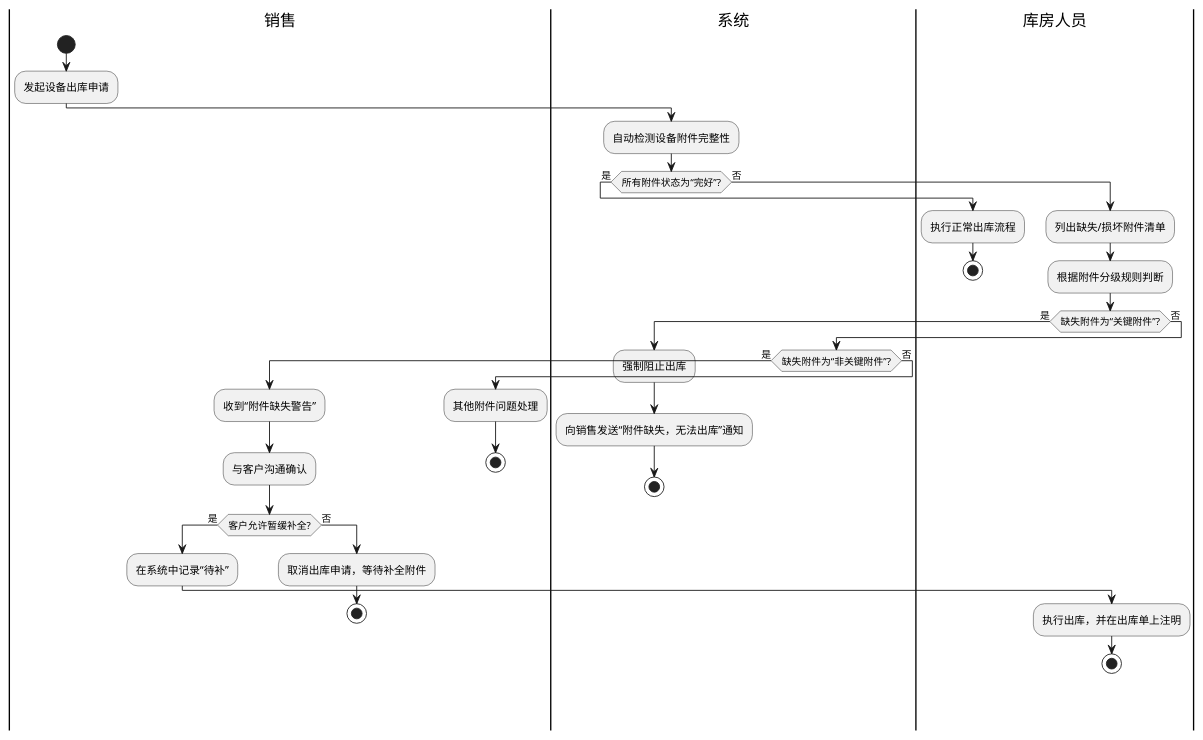
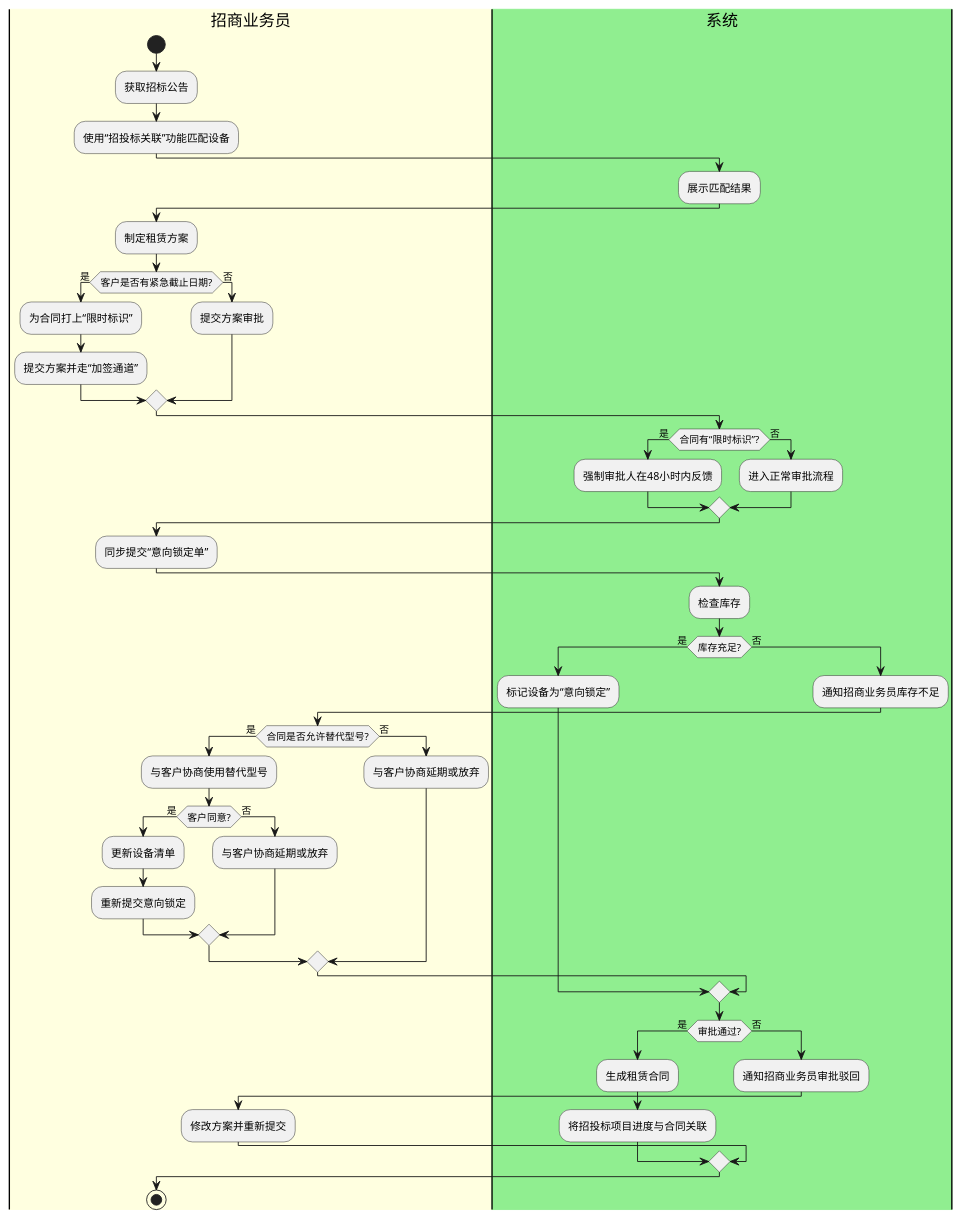
The second of 5 diagrams in .claude/knowledge-base/wiki/summaries/行为模型图-20260626-v1.puml (JiangHuanzhen/medical-device-rental-system), drawn with PlantUML before and after one commit. The commit also changed other lines of this file and 30 other files, not shown here.

```diff
--- a/.claude/knowledge-base/wiki/summaries/行为模型图-20260626-v1.puml
+++ b/.claude/knowledge-base/wiki/summaries/行为模型图-20260626-v1.puml
@@ -72,42 +58,61 @@
 @startuml
-|销售|
+|#LightYellow|招商业务员|
 start
-:发起设备出库申请;
-|系统|
-:自动检测设备附件完整性;
-if (所有附件状态为“完好”?) then (是)
-  |库房人员|
-  :执行正常出库流程;
-  stop
+:获取招标公告;
+:使用“招投标关联”功能匹配设备;
+
+|#LightGreen|系统|
+:展示匹配结果;
+
+|#LightYellow|招商业务员|
+:制定租赁方案;
+if (客户是否有紧急截止日期?) then (是)
+  :为合同打上“限时标识”;
+  :提交方案并走“加签通道”;
 else (否)
-  :列出缺失/损坏附件清单;
-  :根据附件分级规则判断;
-  if (缺失附件为“关键附件”?) then (是)
-    |系统|
-    :强制阻止出库;
-    :向销售发送“附件缺失，无法出库”通知;
-    stop
+  :提交方案审批;
+endif
+
+|#LightGreen|系统|
+if (合同有“限时标识”?) then (是)
+  :强制审批人在48小时内反馈;
+else (否)
+  :进入正常审批流程;
+endif
+
+|#LightYellow|招商业务员|
+:同步提交“意向锁定单”;
+
+|#LightGreen|系统|
+:检查库存;
+if (库存充足?) then (是)
+  :标记设备为“意向锁定”;
+else (否)
+  :通知招商业务员库存不足;
+  |#LightYellow|招商业务员|
+  if (合同是否允许替代型号?) then (是)
+    :与客户协商使用替代型号;
+    if (客户同意?) then (是)
+      :更新设备清单;
+      :重新提交意向锁定;
+    else (否)
+      :与客户协商延期或放弃;
+    endif
   else (否)
-    if (缺失附件为“非关键附件”?) then (是)
-      |销售|
-      :收到“附件缺失警告”;
-      :与客户沟通确认;
-      if (客户允许暂缓补全?) then (是)
-        |销售|
-        :在系统中记录“待补”;
-        |库房人员|
-        :执行出库，并在出库单上注明;
-        stop
-      else (否)
-        |销售|
-        :取消出库申请，等待补全附件;
-        stop
-      endif
-    else (否)
-      :其他附件问题处理;
-      stop
-    endif
+    :与客户协商延期或放弃;
   endif
 endif
 
+|#LightGreen|系统|
+if (审批通过?) then (是)
+  :生成租赁合同;
+  :将招投标项目进度与合同关联;
+else (否)
+  :通知招商业务员审批驳回;
+  |#LightYellow|招商业务员|
+  :修改方案并重新提交;
+endif
+
+stop
+
 @enduml
```
